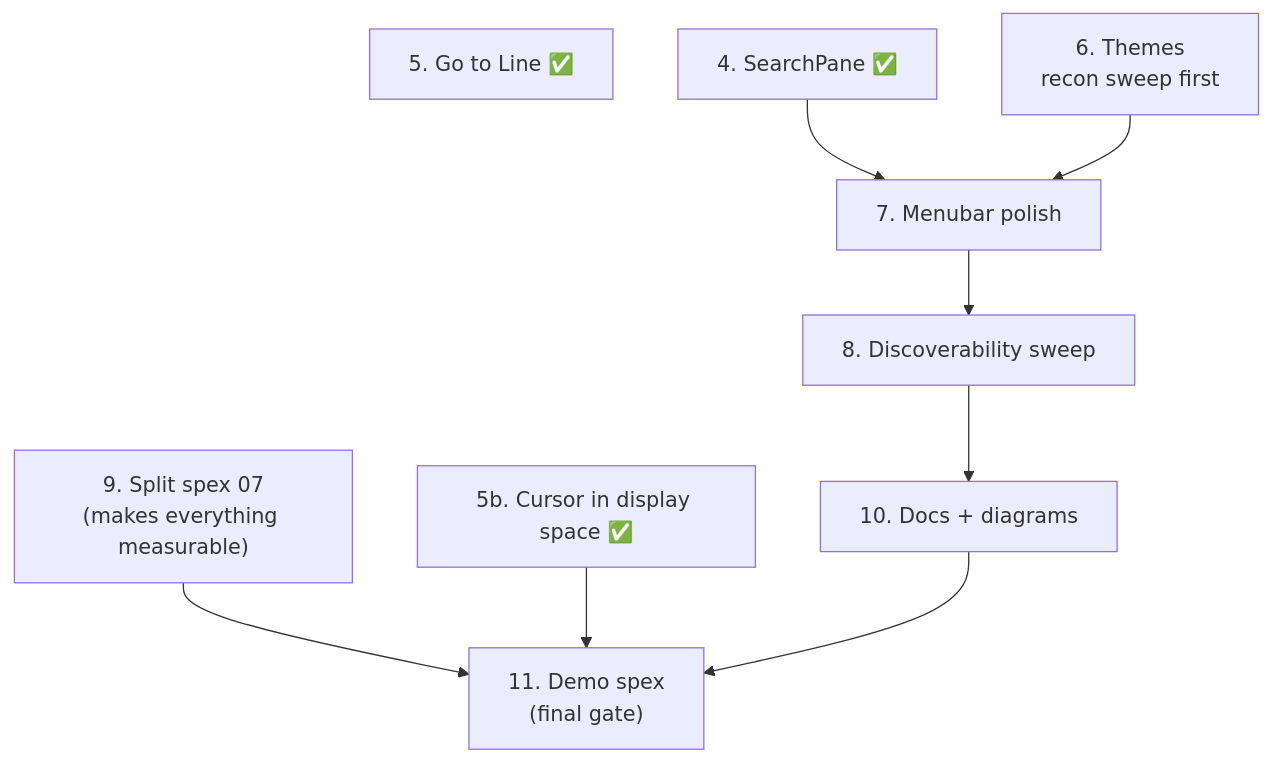
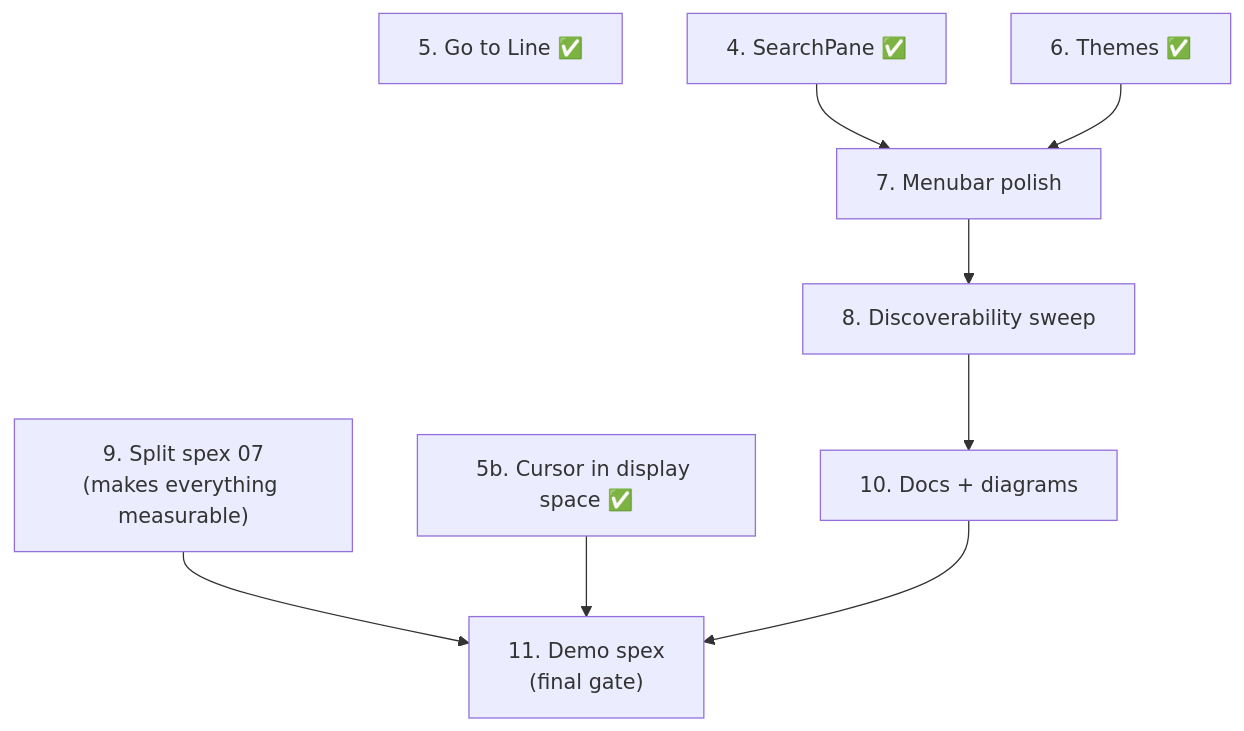
One commit to JediLuke/quillex changed the first of 2 diagrams in docs/ROADMAP_1.0.md. Above: the diagram before and after it, drawn with Mermaid. The commit also changed other lines of this file and 10 other files, not shown here.

````diff
--- a/docs/ROADMAP_1.0.md
+++ b/docs/ROADMAP_1.0.md
@@ -609,11 +609,11 @@
 ```mermaid
 flowchart TB
     S5["5. Go to Line ✅"]
     S9["9. Split spex 07<br/>(makes everything measurable)"] --> S11
     S4["4. SearchPane ✅"] --> S7["7. Menubar polish"]
     S5b["5b. Cursor in display space ✅"] --> S11
-    S6["6. Themes<br/>recon sweep first"] --> S7
+    S6["6. Themes ✅"] --> S7
     S7 --> S8["8. Discoverability sweep"]
     S8 --> S10["10. Docs + diagrams"]
     S10 --> S11["11. Demo spex<br/>(final gate)"]
 ```
````
